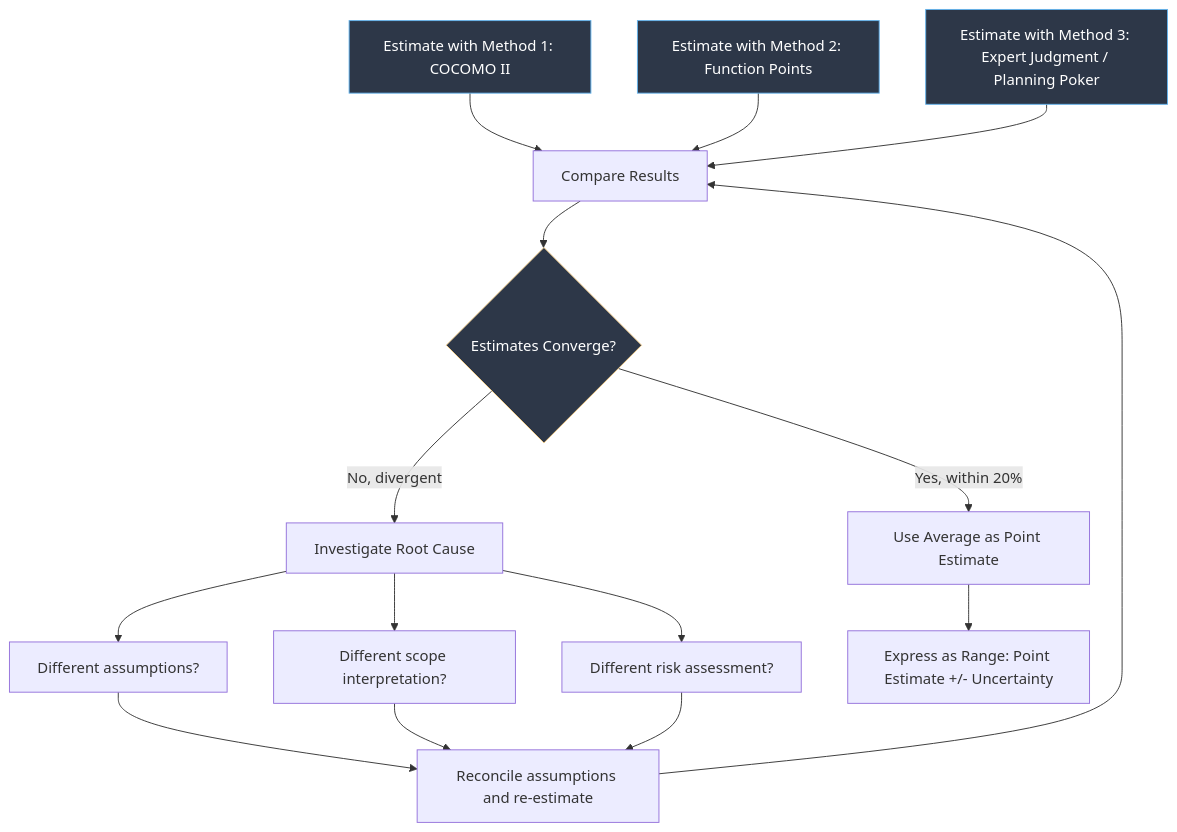
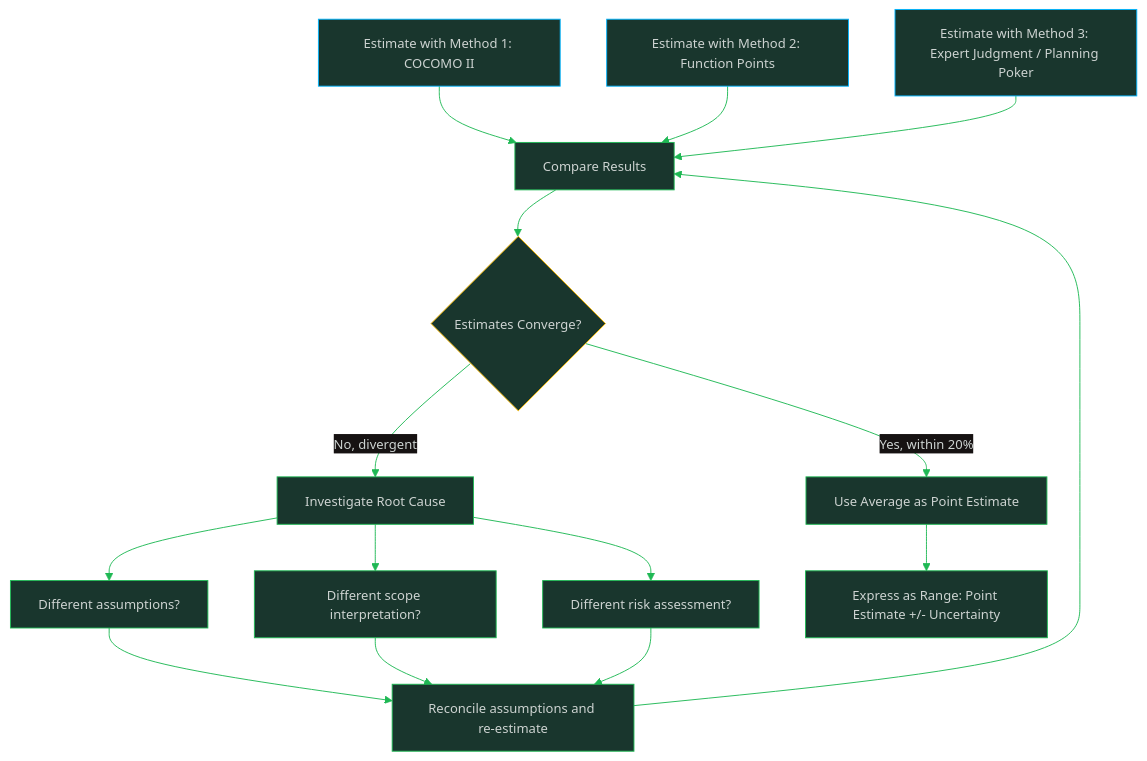
The third of 3 diagrams in software-engineering-note/09_Software_Engineering_Management/07_Estimation_and_Planning.md (oat431/swe-knowledge), drawn with Mermaid before and after one commit. The commit also changed other lines of this file and 11 other files, not shown here.

````diff
--- a/software-engineering-note/09_Software_Engineering_Management/07_Estimation_and_Planning.md
+++ b/software-engineering-note/09_Software_Engineering_Management/07_Estimation_and_Planning.md
@@ -466,22 +470,23 @@
 ```mermaid
+%%{init: {'theme':'base','themeVariables':{'primaryColor':'#19362D','primaryTextColor':'#CDD3D1','primaryBorderColor':'#1FB854','lineColor':'#1FB854','secondaryColor':'#161212','tertiaryColor':'#1B1717','background':'#1B1717','mainBkg':'#19362D','nodeBorder':'#1FB854','clusterBkg':'#161212','clusterBorder':'#19362D','titleColor':'#1FB854','edgeLabelBackground':'#161212','fontSize':'14px'}}}%%
 graph TD
     A[Estimate with Method 1: COCOMO II] --> D[Compare Results]
     B[Estimate with Method 2: Function Points] --> D
     C[Estimate with Method 3: Expert Judgment / Planning Poker] --> D
     D --> E{Estimates Converge?}
     E -->|Yes, within 20%| F[Use Average as Point Estimate]
     E -->|No, divergent| G[Investigate Root Cause]
     G --> H[Different assumptions?]
     G --> I[Different scope interpretation?]
     G --> J[Different risk assessment?]
     H --> K[Reconcile assumptions and re-estimate]
     I --> K
     J --> K
     K --> D
     F --> L[Express as Range: Point Estimate +/- Uncertainty]
 
-    style A fill:#2d3748,stroke:#63b3ed,color:#fff
-    style B fill:#2d3748,stroke:#63b3ed,color:#fff
-    style C fill:#2d3748,stroke:#63b3ed,color:#fff
-    style E fill:#2d3748,stroke:#fbd38d,color:#fff
+    style A fill:#19362D,stroke:#00B5FF,color:#CDD3D1
+    style B fill:#19362D,stroke:#00B5FF,color:#CDD3D1
+    style C fill:#19362D,stroke:#00B5FF,color:#CDD3D1
+    style E fill:#19362D,stroke:#FFBE00,color:#CDD3D1
 ```
````
